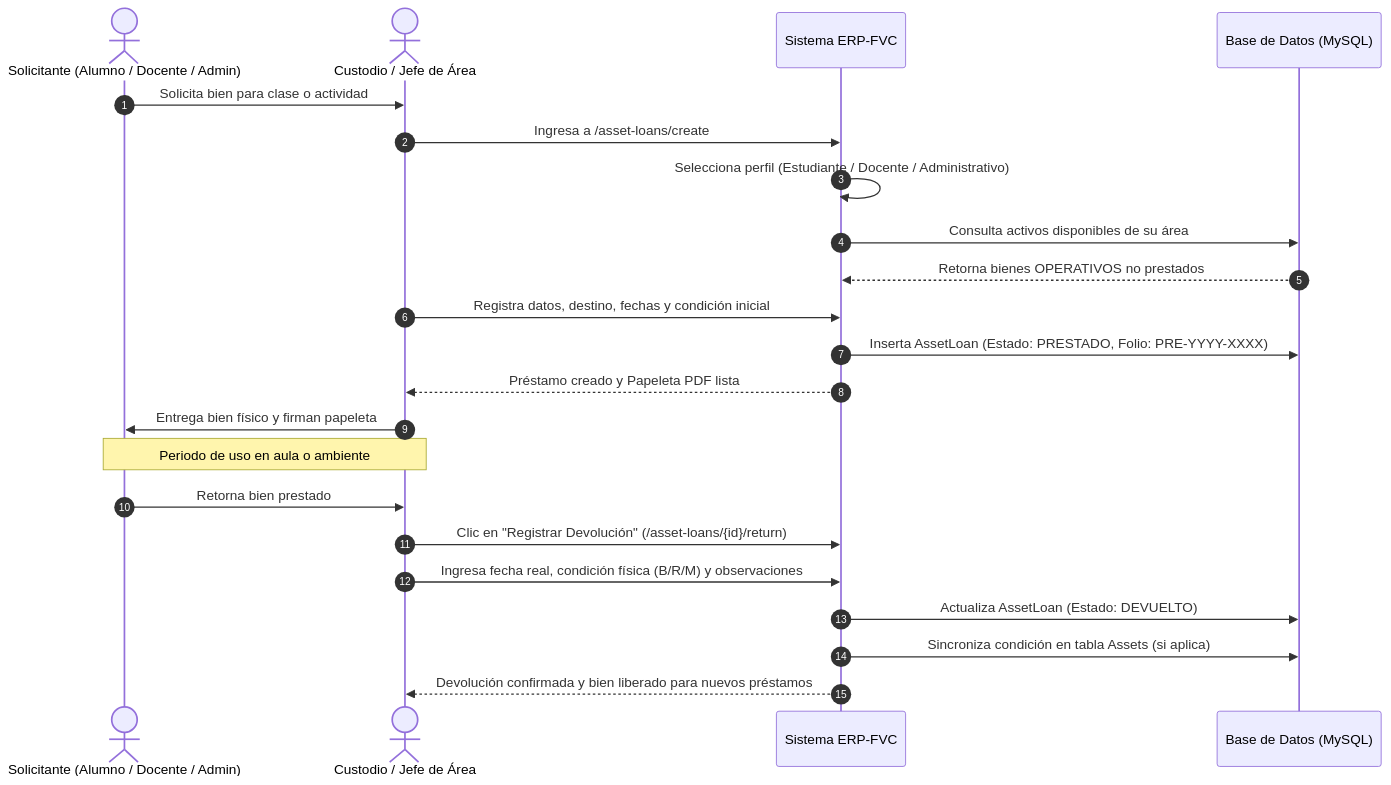
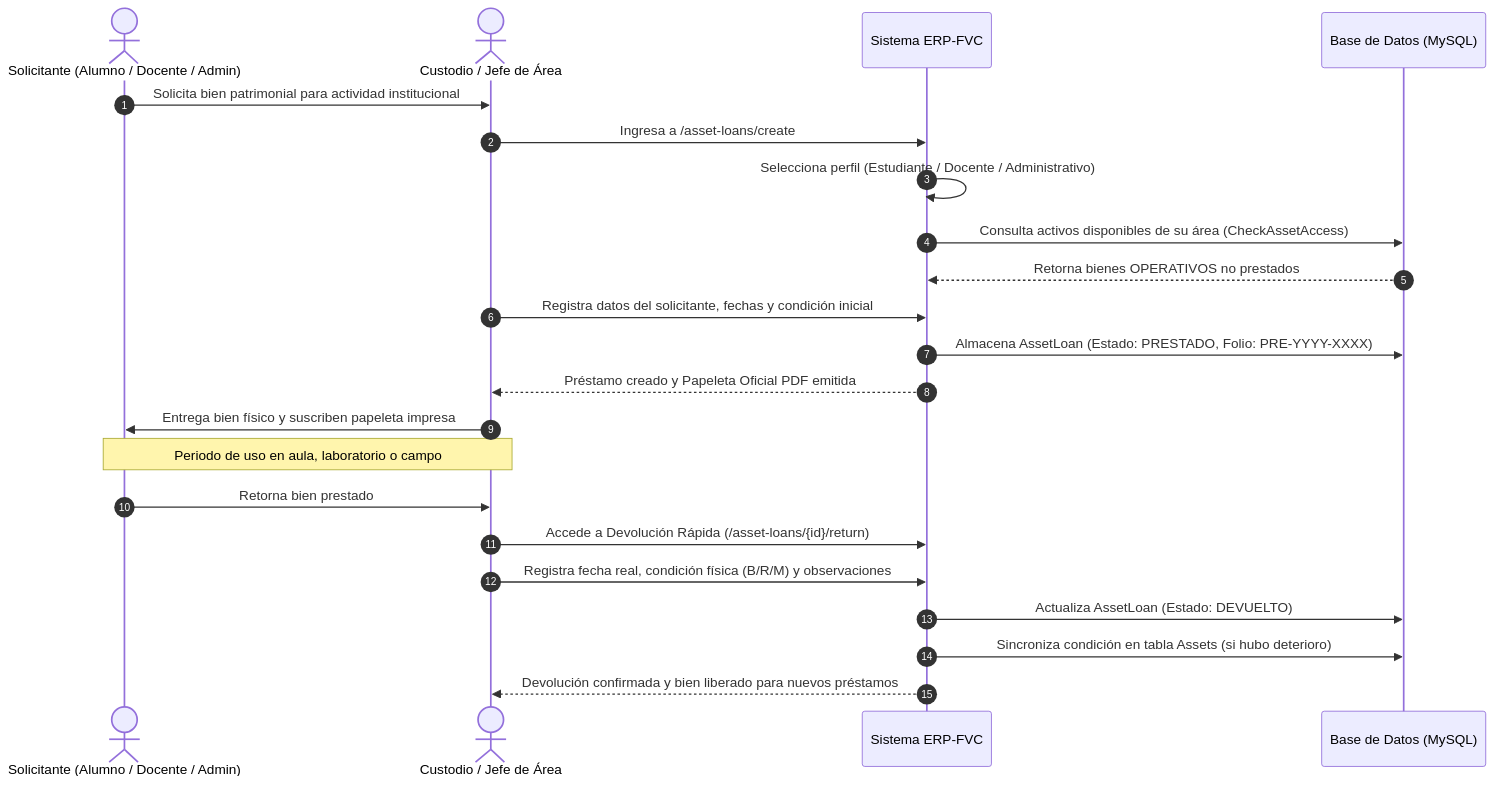
One commit to gercova/erp-fvc changed the first of 5 diagrams in docs/PDR.md. Above: the diagram before and after it, drawn with Mermaid. The commit also changed other lines of this file and 2 other files, not shown here.

````diff
--- a/docs/PDR.md
+++ b/docs/PDR.md
@@ -451,25 +556,25 @@
 ```mermaid
 sequenceDiagram
     autonumber
     actor S as Solicitante (Alumno / Docente / Admin)
     actor C as Custodio / Jefe de Área
     participant Sys as Sistema ERP-FVC
     participant DB as Base de Datos (MySQL)
 
-    S->>C: Solicita bien para clase o actividad
+    S->>C: Solicita bien patrimonial para actividad institucional
     C->>Sys: Ingresa a /asset-loans/create
     Sys->>Sys: Selecciona perfil (Estudiante / Docente / Administrativo)
-    Sys->>DB: Consulta activos disponibles de su área
+    Sys->>DB: Consulta activos disponibles de su área (CheckAssetAccess)
     DB-->>Sys: Retorna bienes OPERATIVOS no prestados
-    C->>Sys: Registra datos, destino, fechas y condición inicial
-    Sys->>DB: Inserta AssetLoan (Estado: PRESTADO, Folio: PRE-YYYY-XXXX)
-    Sys-->>C: Préstamo creado y Papeleta PDF lista
-    C->>S: Entrega bien físico y firman papeleta
-    Note over S,C: Periodo de uso en aula o ambiente
+    C->>Sys: Registra datos del solicitante, fechas y condición inicial
+    Sys->>DB: Almacena AssetLoan (Estado: PRESTADO, Folio: PRE-YYYY-XXXX)
+    Sys-->>C: Préstamo creado y Papeleta Oficial PDF emitida
+    C->>S: Entrega bien físico y suscriben papeleta impresa
+    Note over S,C: Periodo de uso en aula, laboratorio o campo
     S->>C: Retorna bien prestado
-    C->>Sys: Clic en "Registrar Devolución" (/asset-loans/{id}/return)
-    C->>Sys: Ingresa fecha real, condición física (B/R/M) y observaciones
+    C->>Sys: Accede a Devolución Rápida (/asset-loans/{id}/return)
+    C->>Sys: Registra fecha real, condición física (B/R/M) y observaciones
     Sys->>DB: Actualiza AssetLoan (Estado: DEVUELTO)
-    Sys->>DB: Sincroniza condición en tabla Assets (si aplica)
+    Sys->>DB: Sincroniza condición en tabla Assets (si hubo deterioro)
     Sys-->>C: Devolución confirmada y bien liberado para nuevos préstamos
 ```
````
